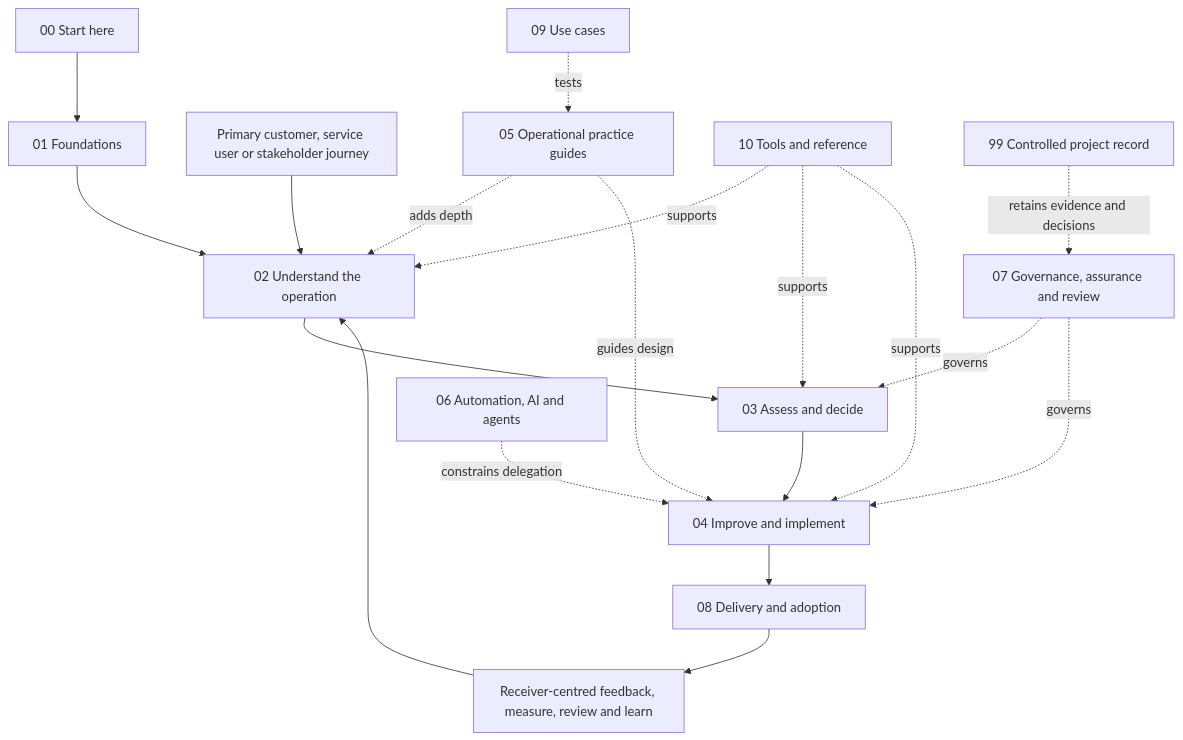
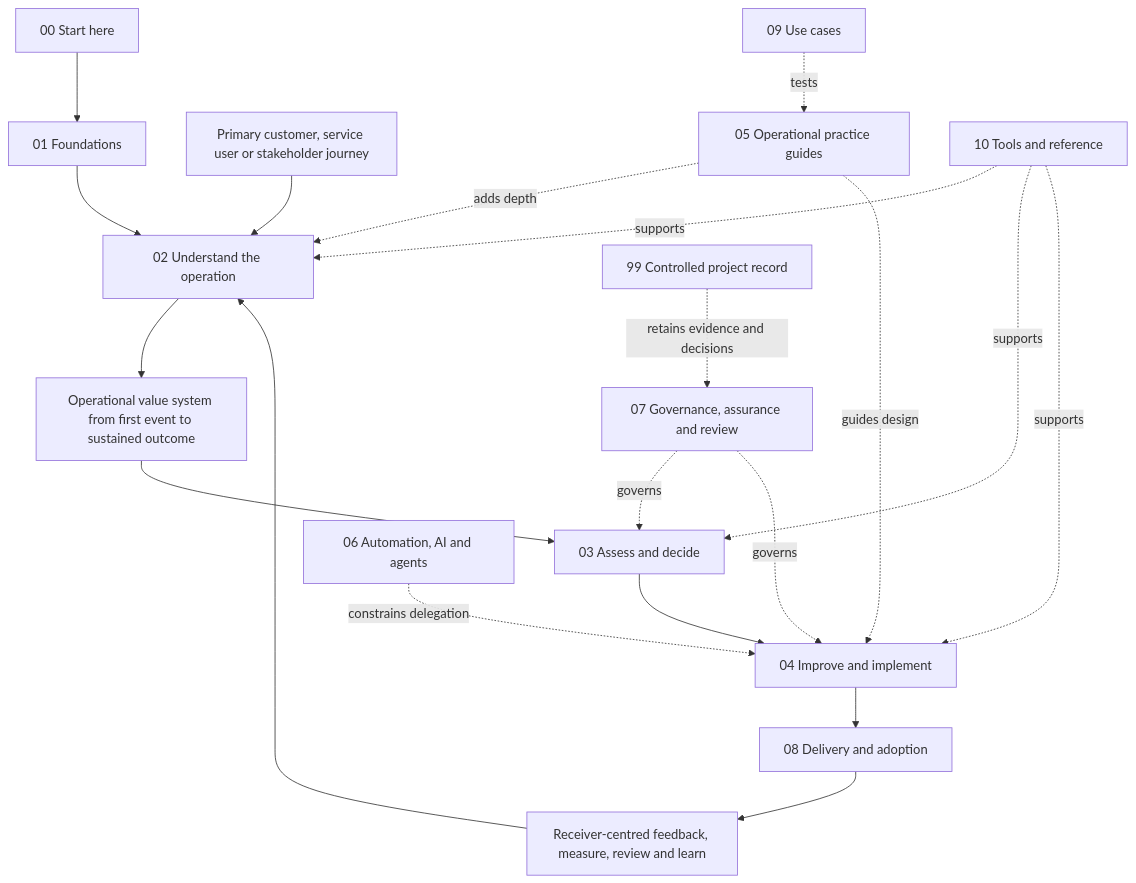
Before and after one commit to warpedmore-netizen/operations-automated: the diagram in guide/README.md, drawn with Mermaid. The commit also changed other lines of this file and 14 other files, not shown here.

Commit message:
Clarify journey-to-operation sequence

````diff
--- a/guide/README.md
+++ b/guide/README.md
@@ -48,22 +48,23 @@
 ```mermaid
 flowchart TD
     S["00 Start here"] --> F["01 Foundations"]
     F --> U["02 Understand the operation"]
     J["Primary customer, service user or stakeholder journey"] --> U
-    U --> A["03 Assess and decide"]
+    U --> O["Operational value system from first event to sustained outcome"]
+    O --> A["03 Assess and decide"]
     A --> I["04 Improve and implement"]
     I --> D["08 Delivery and adoption"]
     D --> L["Receiver-centred feedback, measure, review and learn"]
     L --> U
 
     P["05 Operational practice guides"] -. adds depth .-> U
     P -. guides design .-> I
     T["06 Automation, AI and agents"] -. constrains delegation .-> I
     G["07 Governance, assurance and review"] -. governs .-> A
     G -. governs .-> I
     C["09 Use cases"] -. tests .-> P
     R["10 Tools and reference"] -. supports .-> U
     R -. supports .-> A
     R -. supports .-> I
     H["99 Controlled project record"] -. retains evidence and decisions .-> G
 ```
````
